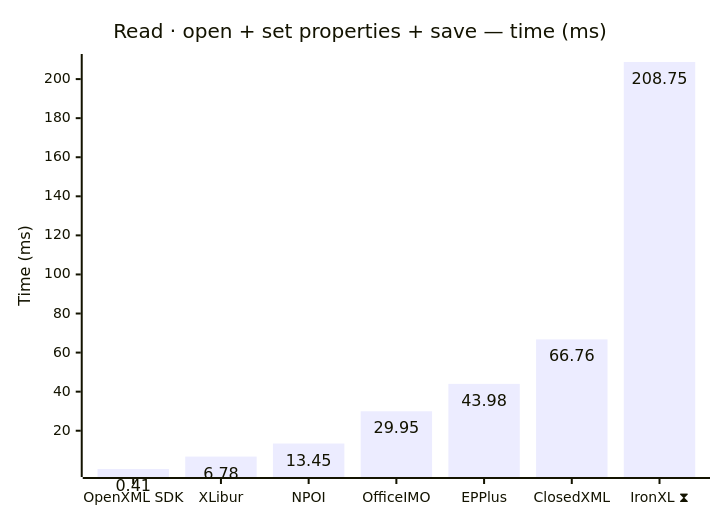
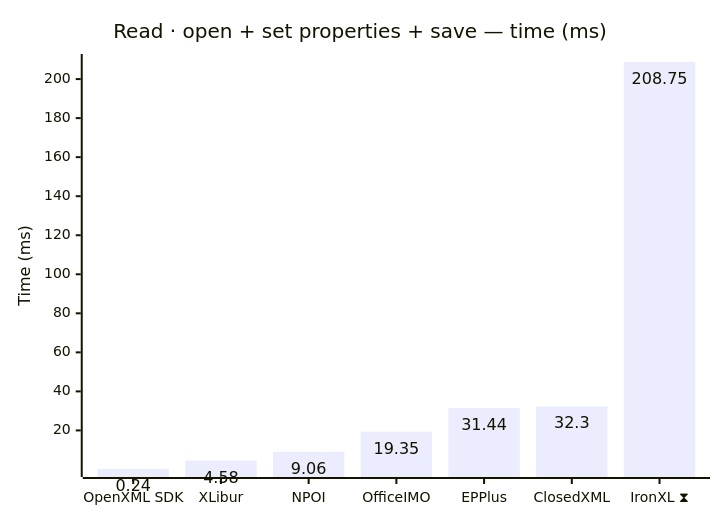
The first of 12 diagrams in docs/results-ci.md (jafin/XLBench), drawn with Mermaid before and after one commit. The commit also changed other lines of this file, not shown here.

````diff
--- a/docs/results-ci.md
+++ b/docs/results-ci.md
@@ -43,12 +43,12 @@
 ```mermaid
 ---
 config:
   xyChart:
     showDataLabel: true
 ---
 xychart-beta
     title "Read · open + set properties + save — time (ms)"
     x-axis ["OpenXML SDK", "XLibur", "NPOI", "OfficeIMO", "EPPlus", "ClosedXML", "IronXL ⧗"]
     y-axis "Time (ms)"
-    bar [0.41, 6.78, 13.45, 29.95, 43.98, 66.76, 208.75]
+    bar [0.24, 4.58, 9.06, 19.35, 31.44, 32.3, 208.75]
 ```
````
